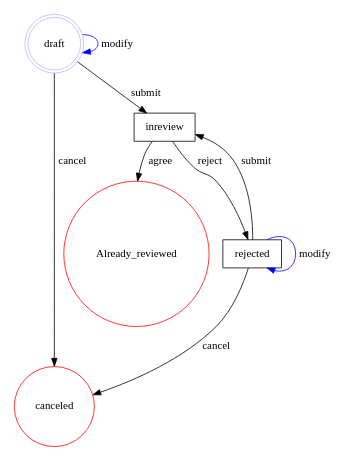
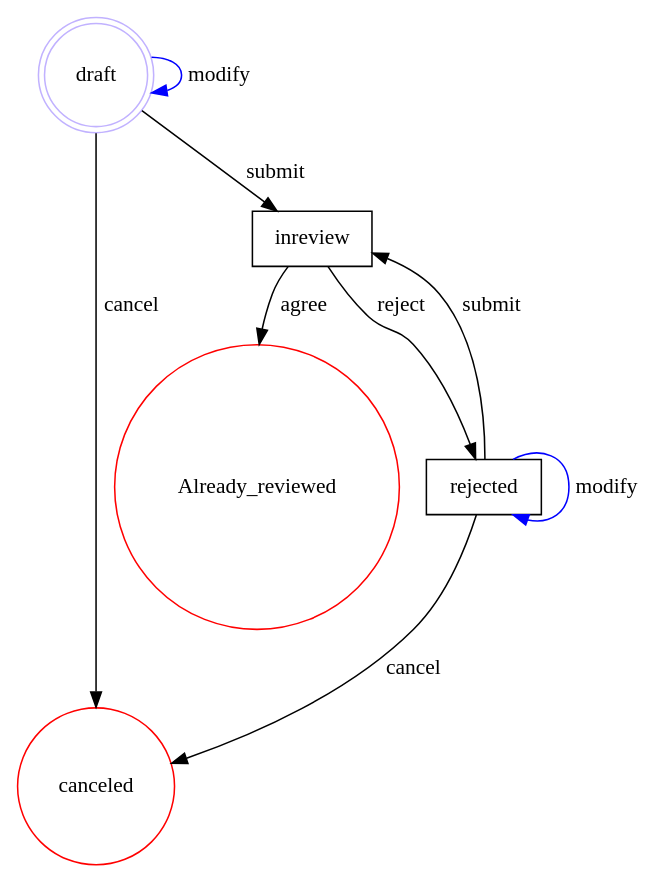
One commit to clszzyh/flexflow changed the diagram in README.md. Above: the diagram before and after it, drawn with Graphviz. The commit also changed other lines of this file and 1 other file, not shown here.

````diff
--- a/README.md
+++ b/README.md
@@ -91,20 +91,20 @@
 ```dot
 // custom_mark10
 digraph review {
-  size = "4,4";
+  aize = "4,4";
   draft [label=draft,shape=doublecircle,color=".7 .3 1.0"];
   canceled [label=canceled,shape=circle,color=red];
   Already_reviewed [label=Already_reviewed,shape=circle,color=red];
   inreview [label=inreview,shape=box];
   rejected [label=rejected,shape=box];
   draft -> inreview [label=submit];
   draft -> draft [label=modify,color=blue];
   draft -> canceled [label=cancel];
   rejected -> inreview [label=submit];
   rejected -> rejected [label=modify,color=blue];
   rejected -> canceled [label=cancel];
   inreview -> rejected [label=reject];
   inreview -> Already_reviewed [label=agree];
 }
 // custom_mark10
 ```
````
